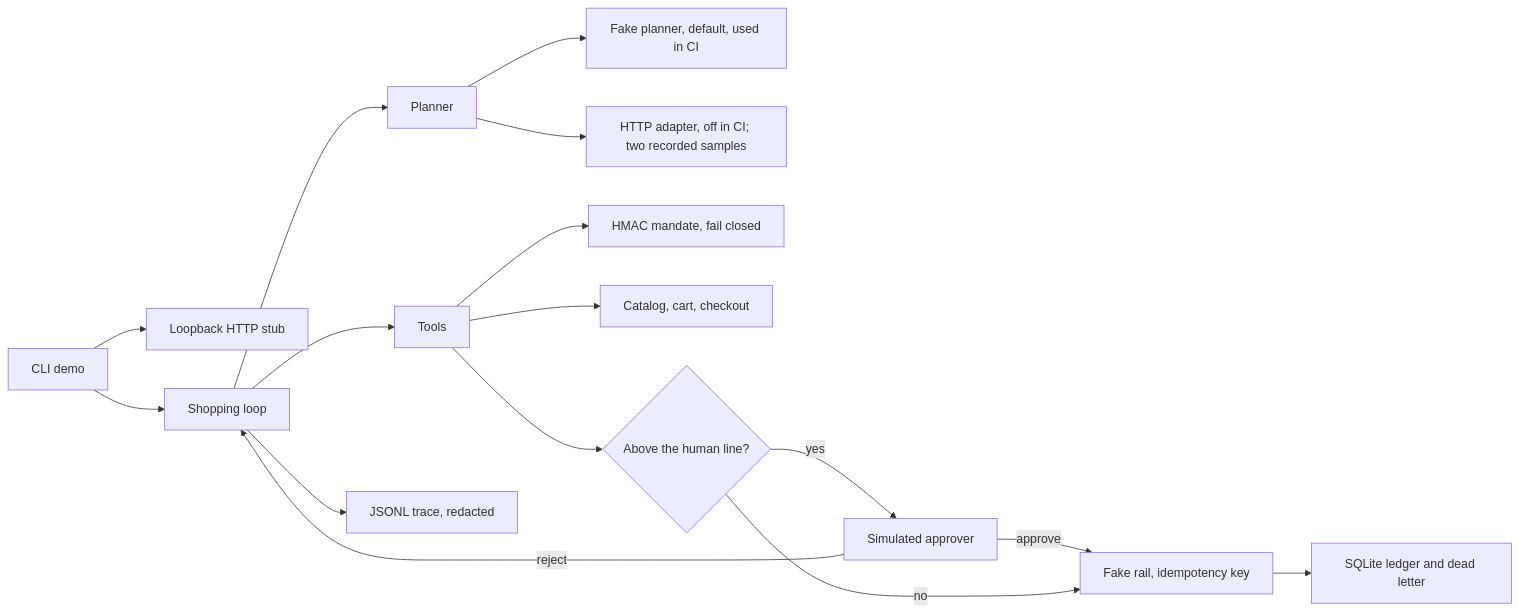
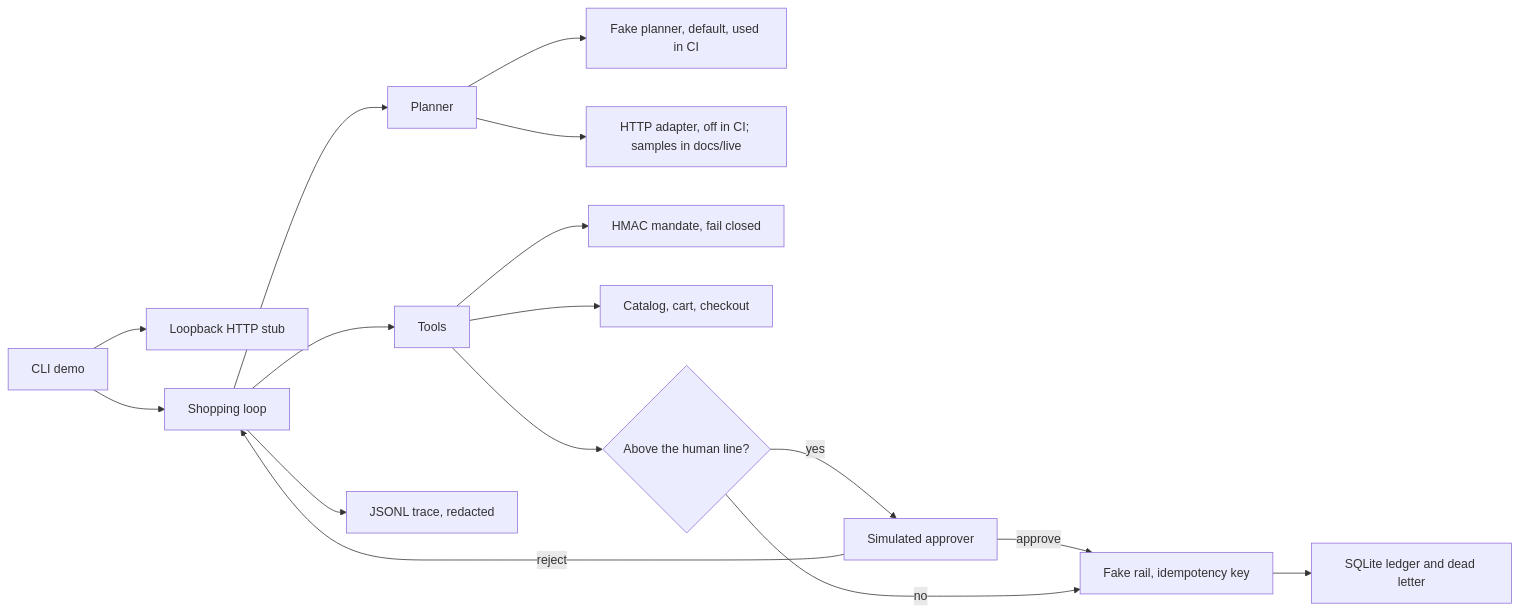
One commit to dlescanogithub/agent-commerce-mandates-lab changed the diagram in README.md. Above: the diagram before and after it, drawn with Mermaid. The commit also changed other lines of this file and 29 other files, not shown here.

````diff
--- a/README.md
+++ b/README.md
@@ -61,18 +61,18 @@
 ```mermaid
 flowchart LR
   caller["CLI demo"] --> http["Loopback HTTP stub"]
   caller --> runner["Shopping loop"]
   runner --> model["Planner"]
   model --> fake["Fake planner, default, used in CI"]
-  model --> live["HTTP adapter, off in CI; two recorded samples"]
+  model --> live["HTTP adapter, off in CI; samples in docs/live"]
   runner --> tools["Tools"]
   tools --> mandate["HMAC mandate, fail closed"]
   tools --> merchant["Catalog, cart, checkout"]
   tools --> human{"Above the human line?"}
   human -->|yes| person["Simulated approver"]
   person -->|approve| rail["Fake rail, idempotency key"]
   person -->|reject| runner
   human -->|no| rail
   rail --> ledger["SQLite ledger and dead letter"]
   runner --> trace["JSONL trace, redacted"]
 ```
````
